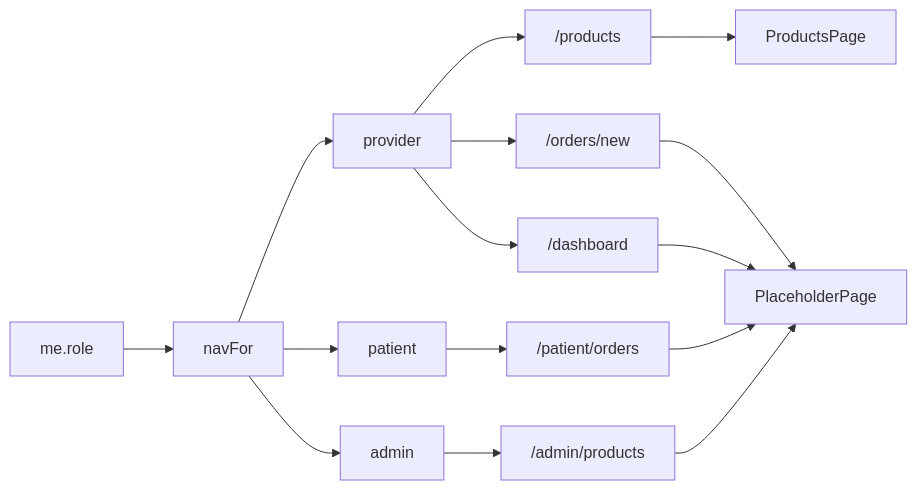
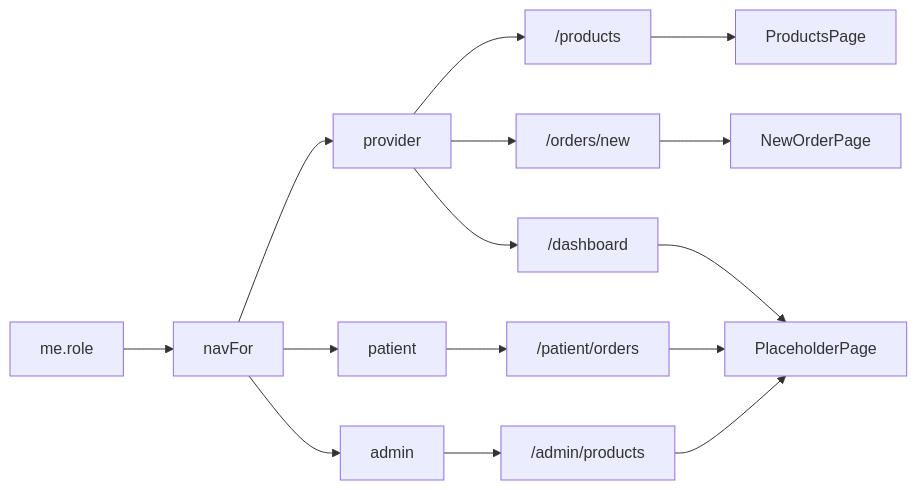
Before and after one commit to drtclem/cerbo_wk1: the second of 5 diagrams in docs/diagrams/flows/frontend-shell.md, drawn with Mermaid. The commit also changed other lines of this file and 4 other files, not shown here.

````diff
--- a/docs/diagrams/flows/frontend-shell.md
+++ b/docs/diagrams/flows/frontend-shell.md
@@ -52,17 +52,17 @@
 ```mermaid
 flowchart LR
   role["me.role"] --> navFor["navFor"]
   navFor --> provider["provider"]
   navFor --> patient["patient"]
   navFor --> admin["admin"]
   provider --> products["/products"]
   provider --> newOrder["/orders/new"]
   provider --> dashboard["/dashboard"]
   patient --> myOrders["/patient/orders"]
   admin --> stock["/admin/products"]
   products --> productsPage["ProductsPage"]
-  newOrder --> placeholder["PlaceholderPage"]
-  dashboard --> placeholder
+  newOrder --> newOrderPage["NewOrderPage"]
+  dashboard --> placeholder["PlaceholderPage"]
   myOrders --> placeholder
   stock --> placeholder
 ```
````
